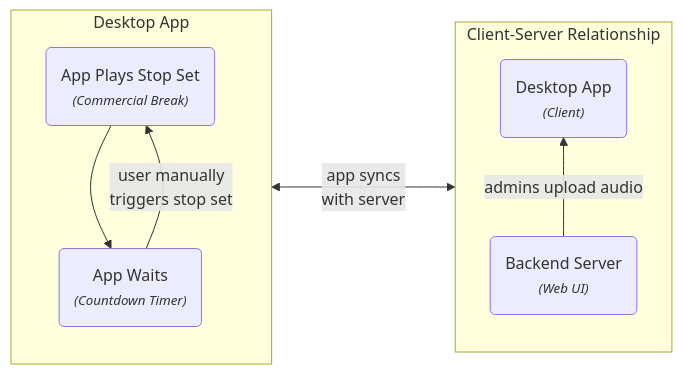
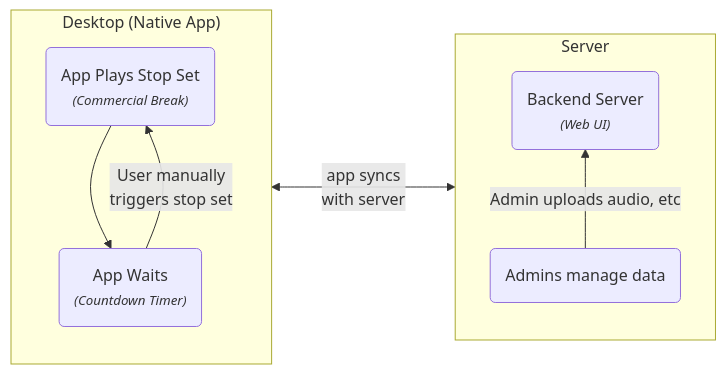
Before and after one commit to dtcooper/tomato: the diagram in docs/index.md, drawn with Mermaid. The commit also changed 1 other file, not shown here.

Commit message:
Fix broken mermaid rendering

````diff
--- a/docs/index.md
+++ b/docs/index.md
@@ -29,17 +29,17 @@
 ```mermaid
 flowchart RL
-    subgraph CLIENT_SERVER [Client-Server Relationship]
+    subgraph CLIENT_SERVER["Server"]
         direction BT
-            client("Desktop App\n<em><small>(Client)</small></em>")
-            server("Backend Server\n<em><small>(Web UI)</small></em>")
-            server -- admins upload audio --> client
+            admin("Admins manage data")
+            server("Backend Server<br><em><small>(Web UI)</small></em>")
+            admin -- "Admin uploads audio, etc" --> server
     end
-    subgraph STOPSET [Desktop App]
+    subgraph STOPSET["Desktop (Native App)"]
         direction TB
-            stopset("App Plays Stop Set\n<em><small>(Commercial Break)</small></em>")
-            wait("App Waits\n<em><small>(Countdown Timer)</small></em>")
+            stopset("App Plays Stop Set<br><em><small>(Commercial Break)</small></em>")
+            wait("App Waits<br><em><small>(Countdown Timer)</small></em>")
             stopset --> wait
-            wait -- user manually\ntriggers stop set --> stopset
+            wait -- User manually<br>triggers stop set --> stopset
     end
-    CLIENT_SERVER -- app syncs\nwith server <---> STOPSET
+    CLIENT_SERVER -- app syncs<br>with server <---> STOPSET
 ```
````
